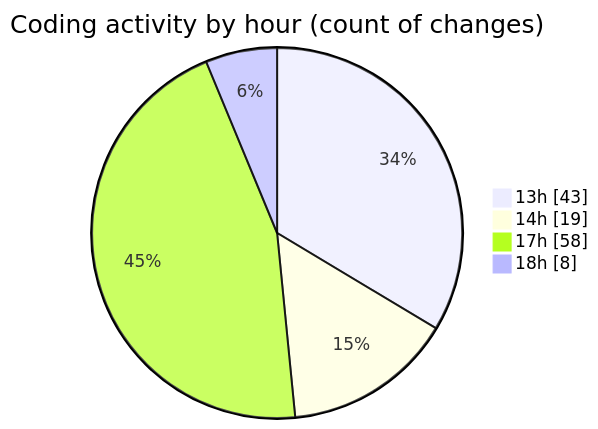
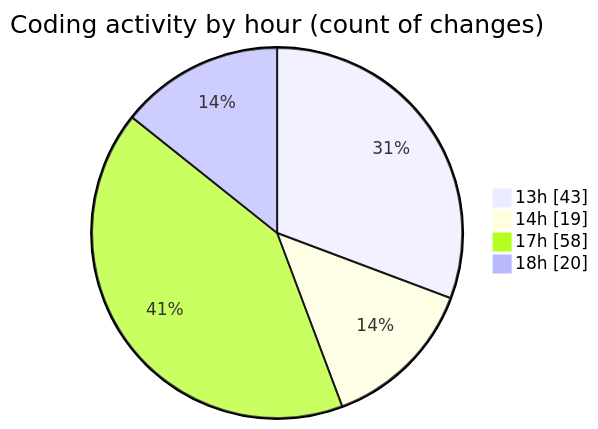
One commit to MatusMokan/code-tracking changed the second of 2 diagrams in 2025-10-04/untitled__workspace_/README.md. Above: the diagram before and after it, drawn with Mermaid. The commit also changed other lines of this file and 1 other file, not shown here.

````diff
--- a/2025-10-04/untitled__workspace_/README.md
+++ b/2025-10-04/untitled__workspace_/README.md
@@ -46,8 +46,8 @@
 ```mermaid
 pie showData
 title Coding activity by hour (count of changes)
 "13h" : 43
 "14h" : 19
 "17h" : 58
-"18h" : 8
+"18h" : 20
 ```
````
